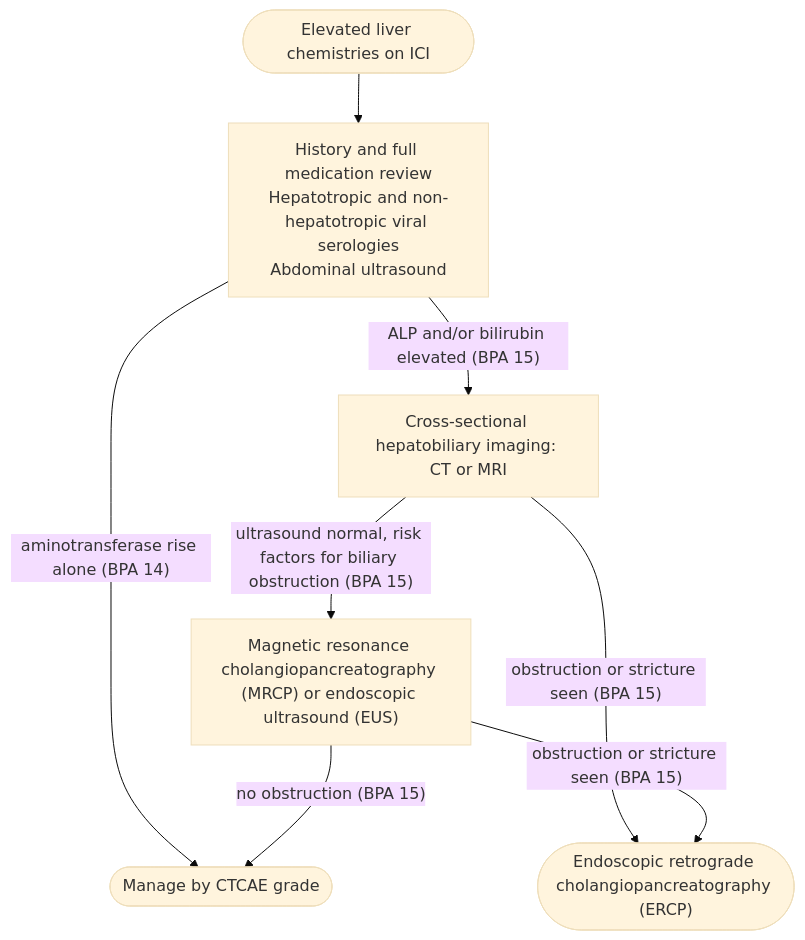
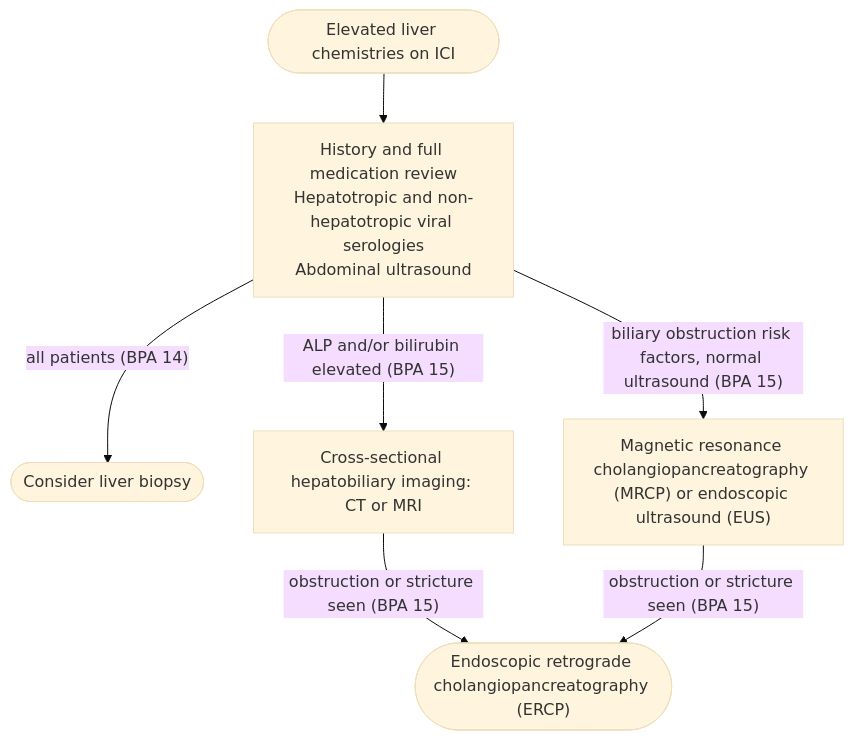
The diagram in KHNL-GI-Wiki/wiki/1-disease-scripts/hepatology-diseases/immune-checkpoint-inhibitor-hepatitis.md (KHNickLeMD/KHNL-GI-Wiki), drawn with Mermaid (base theme) before and after one commit. The commit also changed other lines of this file and 8 other files, not shown here.

````diff
--- a/KHNL-GI-Wiki/wiki/1-disease-scripts/hepatology-diseases/immune-checkpoint-inhibitor-hepatitis.md
+++ b/KHNL-GI-Wiki/wiki/1-disease-scripts/hepatology-diseases/immune-checkpoint-inhibitor-hepatitis.md
@@ -105,13 +105,12 @@
 ```mermaid
 flowchart TD
     A(["Elevated liver chemistries on ICI"]) --> B["History and full medication review<br/>Hepatotropic and non-hepatotropic viral serologies<br/>Abdominal ultrasound"]
-    B -- "aminotransferase rise alone (BPA 14)" --> G(["Manage by CTCAE grade"])
+    B -- "all patients (BPA 14)" --> L(["Consider liver biopsy"])
     B -- "ALP and/or bilirubin elevated (BPA 15)" --> C["Cross-sectional hepatobiliary imaging: CT or MRI"]
+    B -- "biliary obstruction risk factors, normal ultrasound (BPA 15)" --> D["Magnetic resonance cholangiopancreatography (MRCP) or endoscopic ultrasound (EUS)"]
     C -- "obstruction or stricture seen (BPA 15)" --> E(["Endoscopic retrograde cholangiopancreatography (ERCP)"])
-    C -- "ultrasound normal, risk factors for biliary obstruction (BPA 15)" --> D["Magnetic resonance cholangiopancreatography (MRCP) or endoscopic ultrasound (EUS)"]
     D -- "obstruction or stricture seen (BPA 15)" --> E
-    D -- "no obstruction (BPA 15)" --> G
     class A start
     class B,C,D test
-    class E,G act
+    class E,L act
 ```
````
